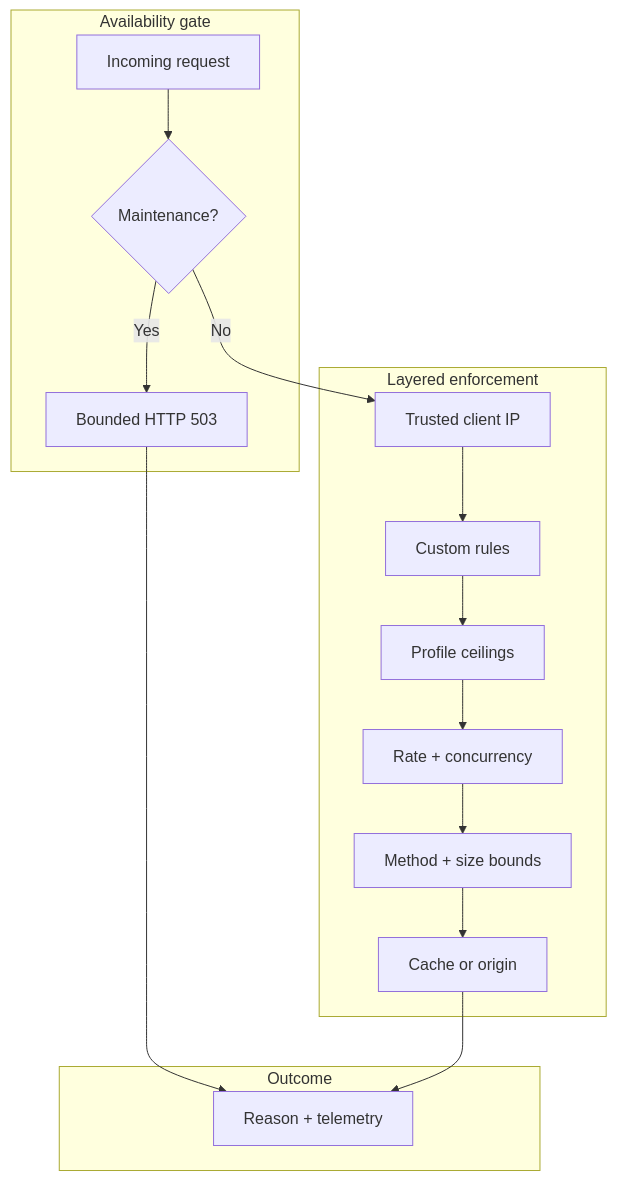
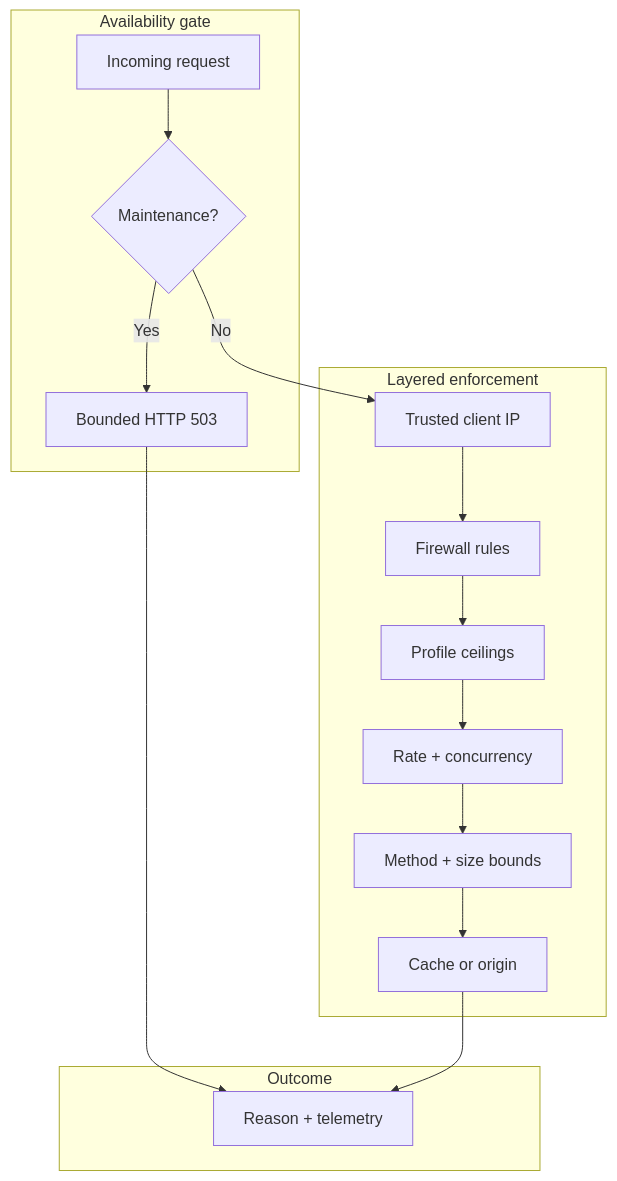
One commit to vaheed/CDNFoundry changed the diagram in docs/guides/security.md. Above: the diagram before and after it, drawn with Mermaid. The commit also changed other lines of this file and 10 other files, not shown here.

````diff
--- a/docs/guides/security.md
+++ b/docs/guides/security.md
@@ -17,16 +17,16 @@
 ```mermaid
 flowchart TD
     subgraph Gate["Availability gate"]
       Request["Incoming request"] --> Maintenance{"Maintenance?"}
       Maintenance -- Yes --> Response["Bounded HTTP 503"]
     end
     subgraph Enforce["Layered enforcement"]
-      Maintenance -- No --> Client["Trusted client IP"] --> Rules["Custom rules"]
+      Maintenance -- No --> Client["Trusted client IP"] --> Rules["Firewall rules"]
       Rules --> Profile["Profile ceilings"] --> Limits["Rate + concurrency"]
       Limits --> Method["Method + size bounds"] --> Serve["Cache or origin"]
     end
     subgraph Observe["Outcome"]
       Response --> Event["Reason + telemetry"]
       Serve --> Event
     end
 ```
````
